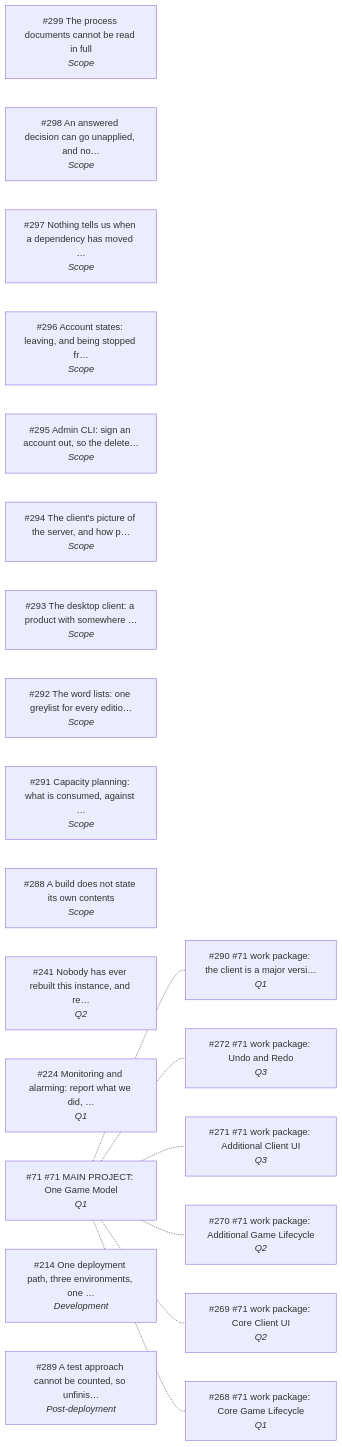
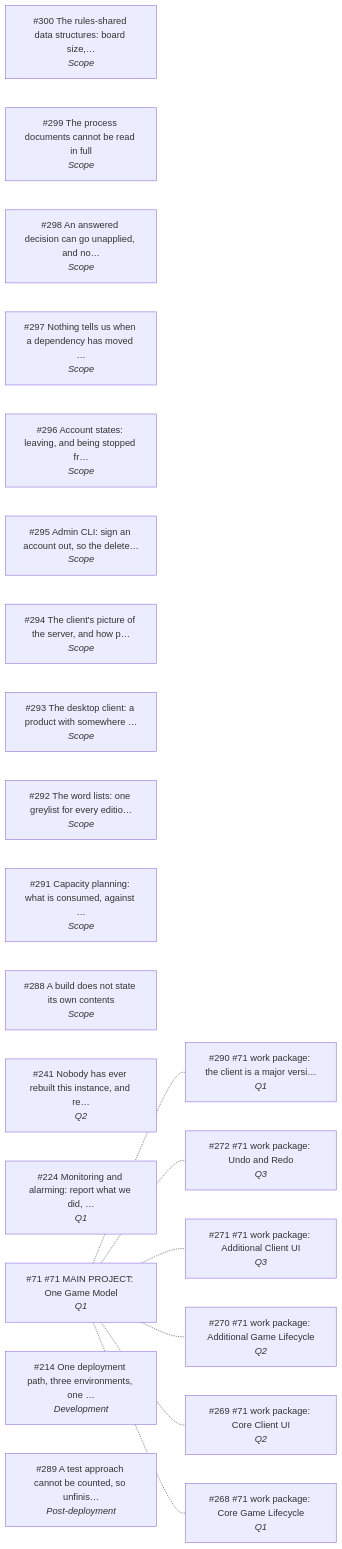
The diagram in docs/1.5-work-in-progress.md (SteveStyle/scrabble-px), drawn with Mermaid before and after one commit.

Commit message:
app 0.7.1 api 2.13: regenerate 1.5 after #300

````diff
--- a/docs/1.5-work-in-progress.md
+++ b/docs/1.5-work-in-progress.md
@@ -21,30 +21,31 @@
 ```mermaid
 flowchart LR
+  n300["#300 The rules-shared data structures: board size,…<br/><i>Scope</i>"]
   n299["#299 The process documents cannot be read in full<br/><i>Scope</i>"]
   n298["#298 An answered decision can go unapplied, and no…<br/><i>Scope</i>"]
   n297["#297 Nothing tells us when a dependency has moved …<br/><i>Scope</i>"]
   n296["#296 Account states: leaving, and being stopped fr…<br/><i>Scope</i>"]
   n295["#295 Admin CLI: sign an account out, so the delete…<br/><i>Scope</i>"]
   n294["#294 The client's picture of the server, and how p…<br/><i>Scope</i>"]
   n293["#293 The desktop client: a product with somewhere …<br/><i>Scope</i>"]
   n292["#292 The word lists: one greylist for every editio…<br/><i>Scope</i>"]
   n291["#291 Capacity planning: what is consumed, against …<br/><i>Scope</i>"]
   n288["#288 A build does not state its own contents<br/><i>Scope</i>"]
   n272["#272 #71 work package: Undo and Redo<br/><i>Q3</i>"]
   n271["#271 #71 work package: Additional Client UI<br/><i>Q3</i>"]
   n270["#270 #71 work package: Additional Game Lifecycle<br/><i>Q2</i>"]
   n269["#269 #71 work package: Core Client UI<br/><i>Q2</i>"]
   n241["#241 Nobody has ever rebuilt this instance, and re…<br/><i>Q2</i>"]
   n290["#290 #71 work package: the client is a major versi…<br/><i>Q1</i>"]
   n268["#268 #71 work package: Core Game Lifecycle<br/><i>Q1</i>"]
   n224["#224 Monitoring and alarming: report what we did, …<br/><i>Q1</i>"]
   n71["#71 #71 MAIN PROJECT: One Game Model<br/><i>Q1</i>"]
   n214["#214 One deployment path, three environments, one …<br/><i>Development</i>"]
   n289["#289 A test approach cannot be counted, so unfinis…<br/><i>Post-deployment</i>"]
   n71 -.- n290
   n71 -.- n272
   n71 -.- n271
   n71 -.- n270
   n71 -.- n269
   n71 -.- n268
 ```
````
